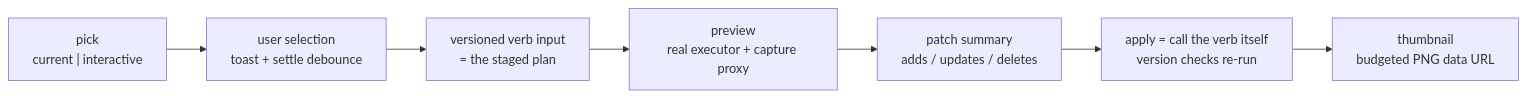
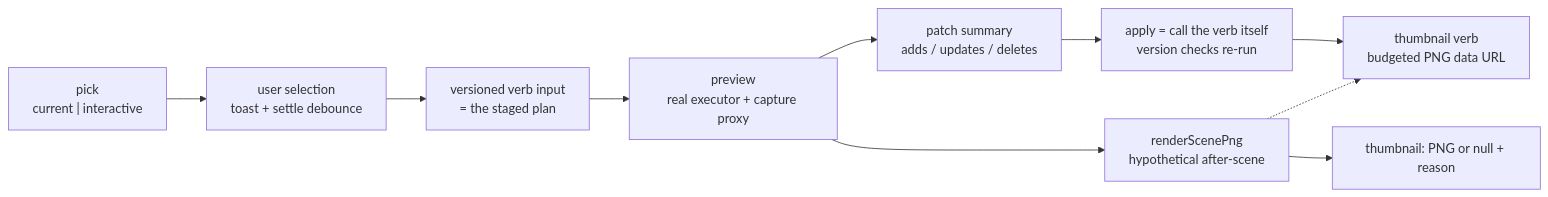
Before and after one commit to NNTin/tinytinkerer: the seventh of 13 diagrams in docs/app-harness.md, drawn with Mermaid. The commit also changed other lines of this file and 9 other files, not shown here.

First line of the commit message:
feat(excalidraw): make preview visual — render the hypothetical unapplied scene

````diff
--- a/docs/app-harness.md
+++ b/docs/app-harness.md
@@ -442,14 +456,18 @@
 ```mermaid
 flowchart LR
   plan["versioned verb input<br/>= the staged plan"]
   dryRun["preview<br/>real executor + capture proxy"]
   patch["patch summary<br/>adds / updates / deletes"]
+  render["renderScenePng<br/>hypothetical after-scene"]
+  visual["thumbnail: PNG or null + reason"]
   apply["apply = call the verb itself<br/>version checks re-run"]
-  snapshot["thumbnail<br/>budgeted PNG data URL"]
+  snapshot["thumbnail verb<br/>budgeted PNG data URL"]
   pickVerb["pick<br/>current | interactive"]
   user["user selection<br/>toast + settle debounce"]
 
   plan --> dryRun --> patch --> apply
+  dryRun --> render --> visual
   apply --> snapshot
+  render -.-> snapshot
   pickVerb --> user --> plan
 ```
````
